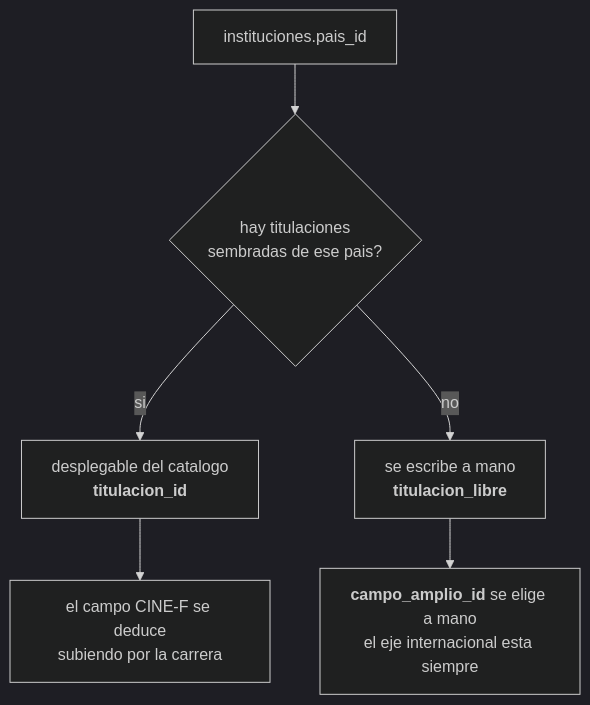
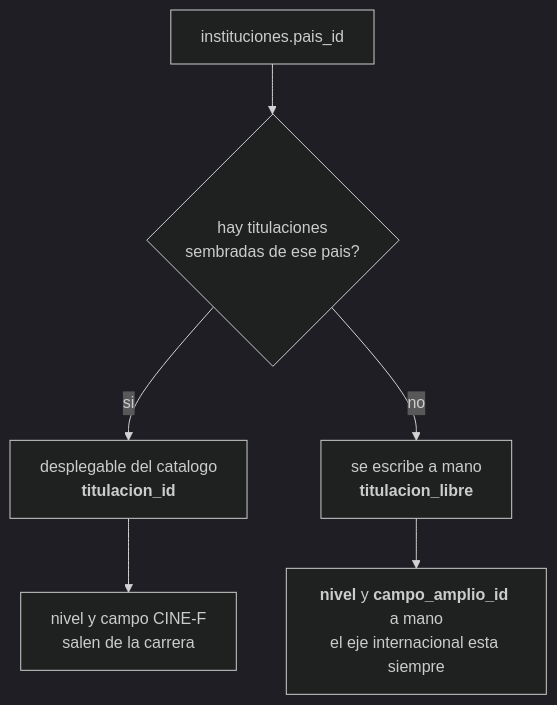
One commit to fresvel/deasy changed the seventh of 8 diagrams in docs/src/content/docs/complemento/expediente.md. Above: the diagram before and after it, drawn with Mermaid (dark theme). The commit also changed other lines of this file and 1 other file, not shown here.

First line of the commit message:
docs(expediente): el catalogo en nivel logico, y dos correcciones que sacaron sus preguntas

````diff
--- a/docs/src/content/docs/complemento/expediente.md
+++ b/docs/src/content/docs/complemento/expediente.md
@@ -338,8 +469,8 @@
 ```mermaid
 flowchart TB
   I["instituciones.pais_id"] --> Q{"hay titulaciones<br/>sembradas de ese pais?"}
   Q -->|si| A["desplegable del catalogo<br/><b>titulacion_id</b>"]
   Q -->|no| B["se escribe a mano<br/><b>titulacion_libre</b>"]
-  A --> C["el campo CINE-F se deduce<br/>subiendo por la carrera"]
-  B --> D["<b>campo_amplio_id</b> se elige a mano<br/>el eje internacional esta siempre"]
+  A --> C["nivel y campo CINE-F<br/>salen de la carrera"]
+  B --> D["<b>nivel</b> y <b>campo_amplio_id</b> a mano<br/>el eje internacional esta siempre"]
 ```
````
